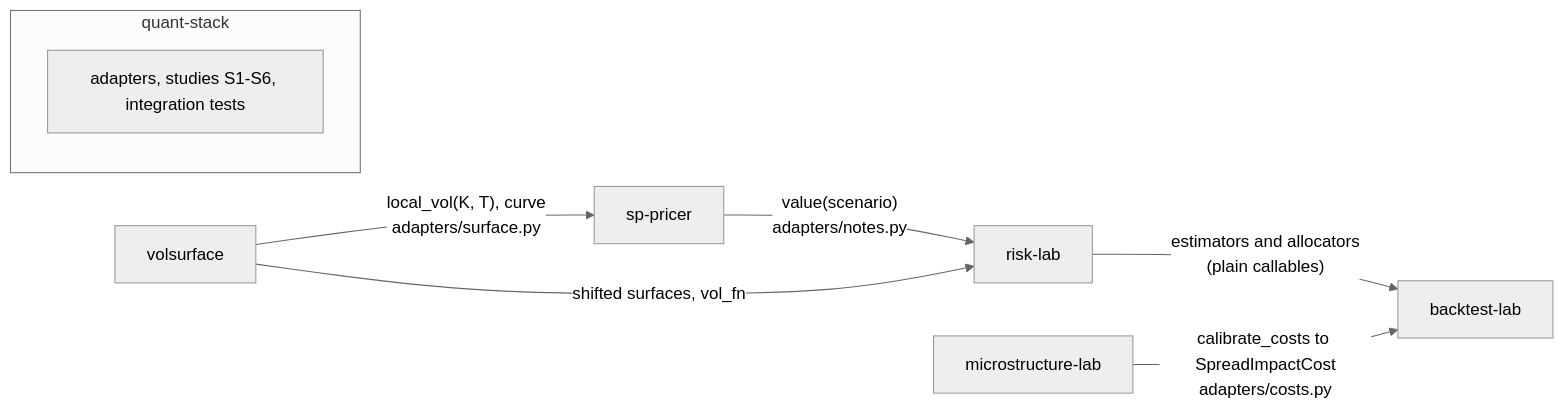
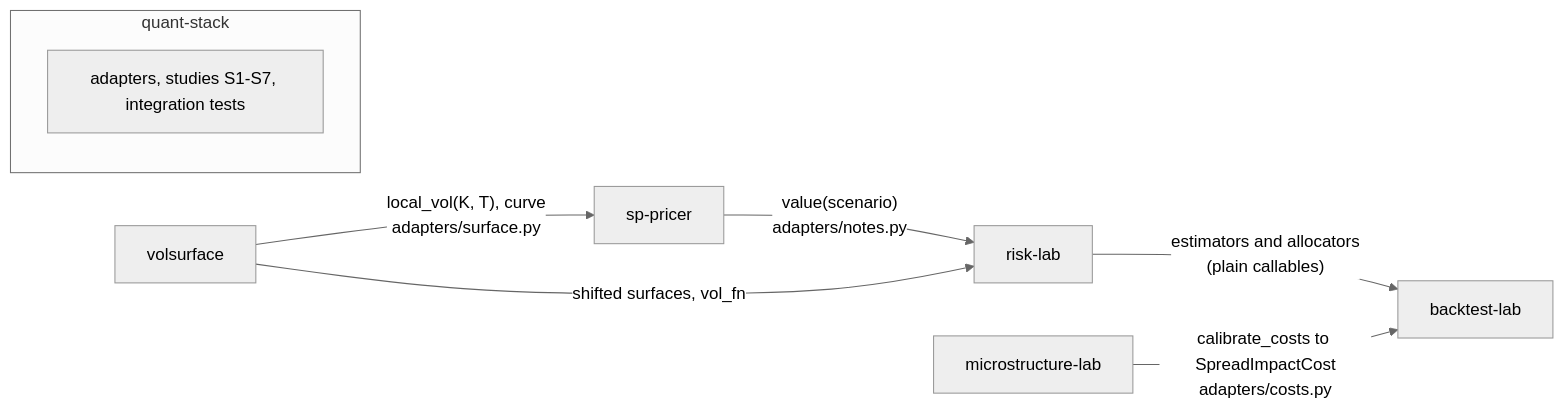
The diagram in README.md (hossainyousuf751/quant-stack), drawn with Mermaid (neutral theme) before and after one commit. The commit also changed other lines of this file and 4 other files, not shown here.

````diff
--- a/README.md
+++ b/README.md
@@ -20,11 +20,11 @@
 ```mermaid
 flowchart LR
     VS[volsurface] -->|"local_vol(K, T), curve<br/>adapters/surface.py"| SP[sp-pricer]
     SP -->|"value(scenario)<br/>adapters/notes.py"| RL[risk-lab]
     VS -->|"shifted surfaces, vol_fn"| RL
     RL -->|"estimators and allocators<br/>(plain callables)"| BT[backtest-lab]
     MS[microstructure-lab] -->|"calibrate_costs to SpreadImpactCost<br/>adapters/costs.py"| BT
     subgraph quant-stack
-      A[adapters, studies S1-S6, integration tests]
+      A[adapters, studies S1-S7, integration tests]
     end
 ```
````
